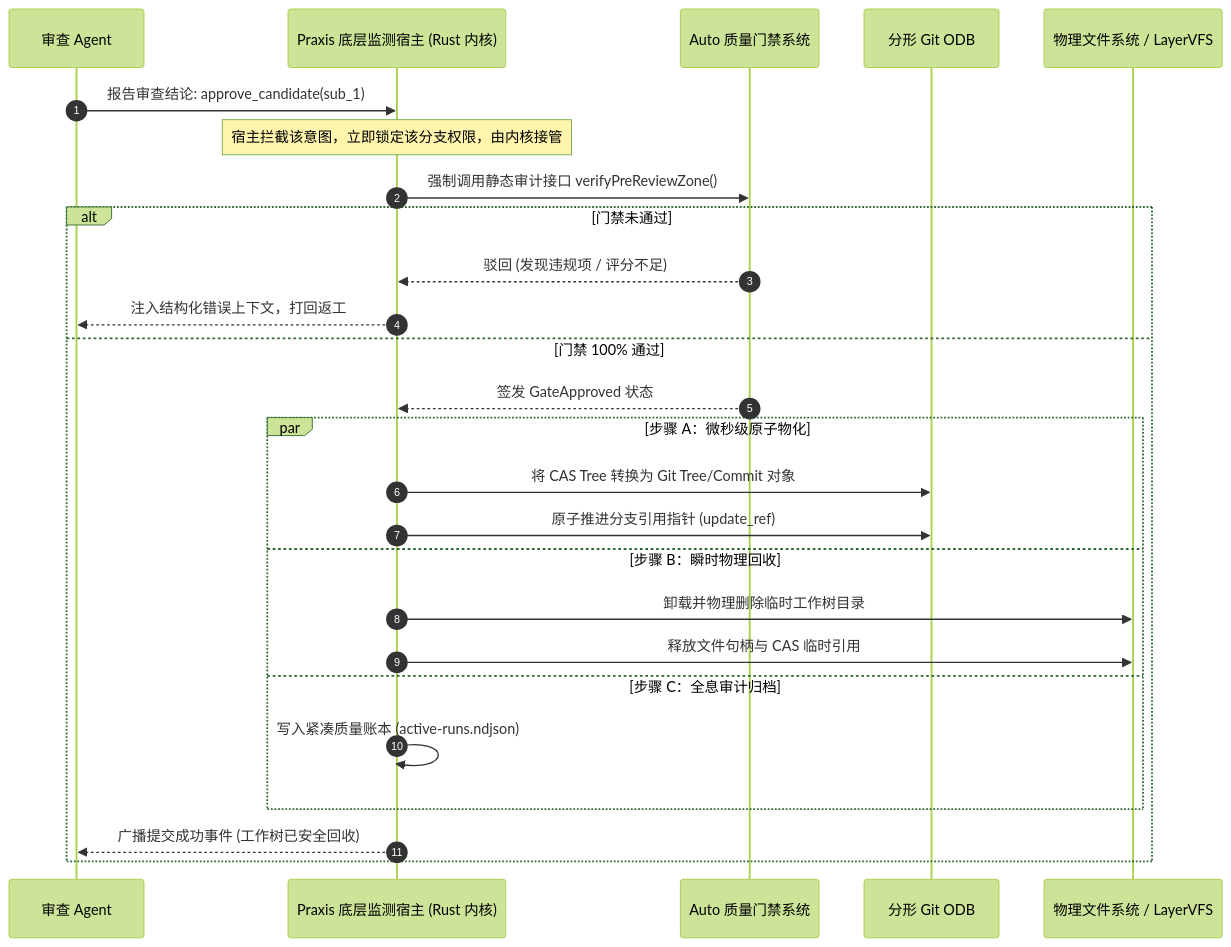
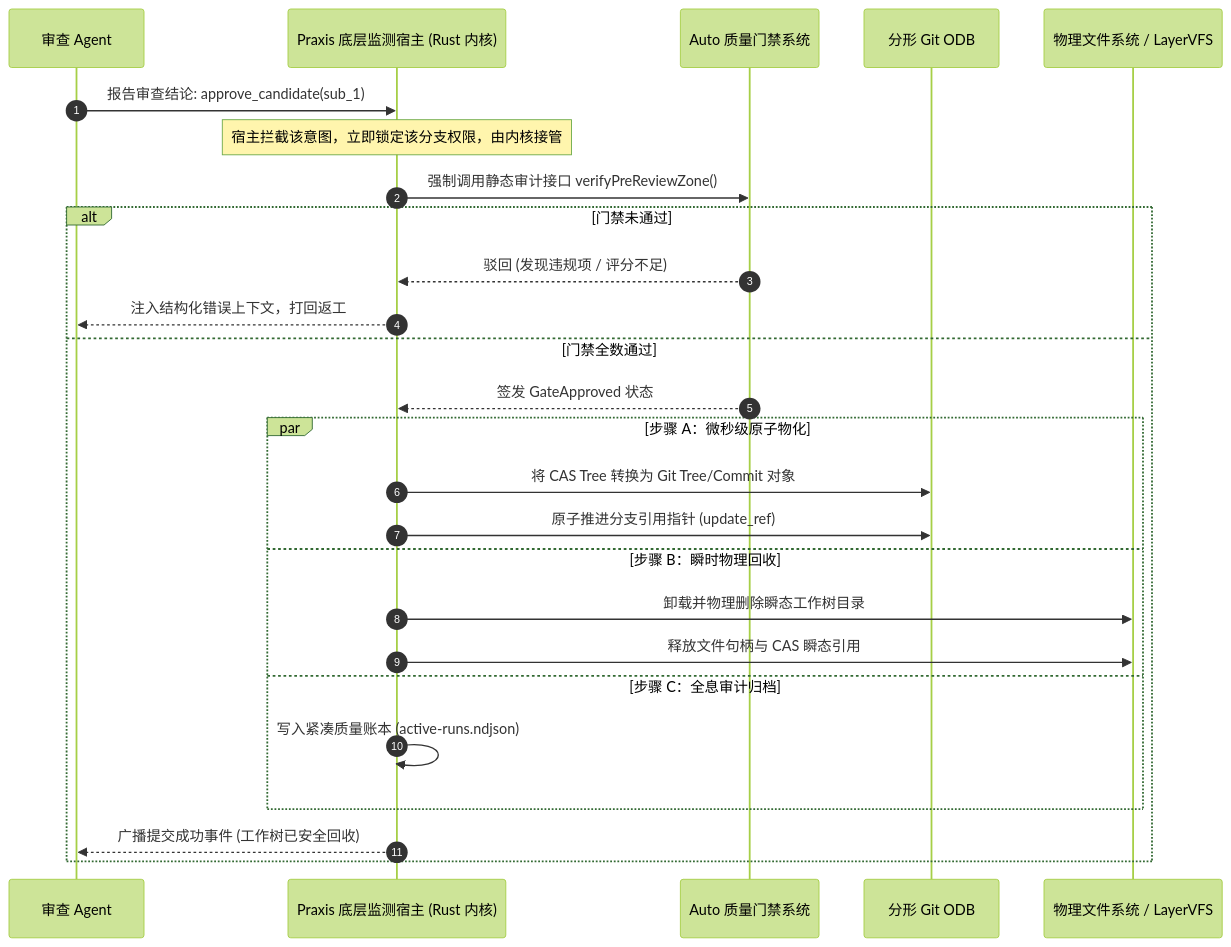
One commit to guilingzhouyi-creator/vscode-extensions changed the second of 2 diagrams in fractal-git/docs/03-pre-review-zone-and-auto-gating.md. Above: the diagram before and after it, drawn with Mermaid (forest theme). The commit also changed other lines of this file and 20 other files, not shown here.

````diff
--- a/fractal-git/docs/03-pre-review-zone-and-auto-gating.md
+++ b/fractal-git/docs/03-pre-review-zone-and-auto-gating.md
@@ -59,32 +59,32 @@
 ```mermaid
 sequenceDiagram
   autonumber
   participant Agent as 审查 Agent
   participant Host as Praxis 底层监测宿主 (Rust 内核)
   participant Gate as Auto 质量门禁系统
   participant Git as 分形 Git ODB
   participant Disk as 物理文件系统 / LayerVFS
 
   Agent->>Host: 报告审查结论: approve_candidate(sub_1)
   Note over Host: 宿主拦截该意图，立即锁定该分支权限，由内核接管
   
   Host->>Gate: 强制调用静态审计接口 verifyPreReviewZone()
   alt 门禁未通过
     Gate-->>Host: 驳回 (发现违规项 / 评分不足)
     Host-->>Agent: 注入结构化错误上下文，打回返工
-  else 门禁 100% 通过
+  else 门禁全数通过
     Gate-->>Host: 签发 GateApproved 状态
     
     par 步骤 A：微秒级原子物化
       Host->>Git: 将 CAS Tree 转换为 Git Tree/Commit 对象
       Host->>Git: 原子推进分支引用指针 (update_ref)
     and 步骤 B：瞬时物理回收
-      Host->>Disk: 卸载并物理删除临时工作树目录
-      Host->>Disk: 释放文件句柄与 CAS 临时引用
+      Host->>Disk: 卸载并物理删除瞬态工作树目录
+      Host->>Disk: 释放文件句柄与 CAS 瞬态引用
     and 步骤 C：全息审计归档
       Host->>Host: 写入紧凑质量账本 (active-runs.ndjson)
     end
     
     Host-->>Agent: 广播提交成功事件 (工作树已安全回收)
   end
 ```
````
